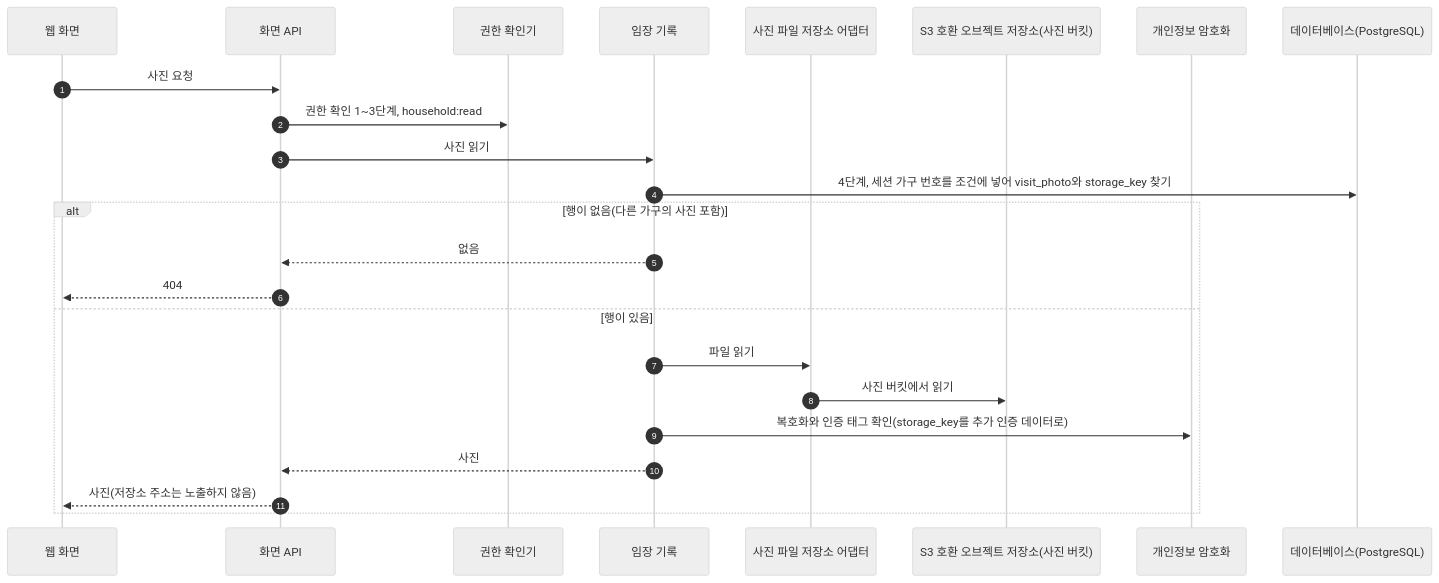
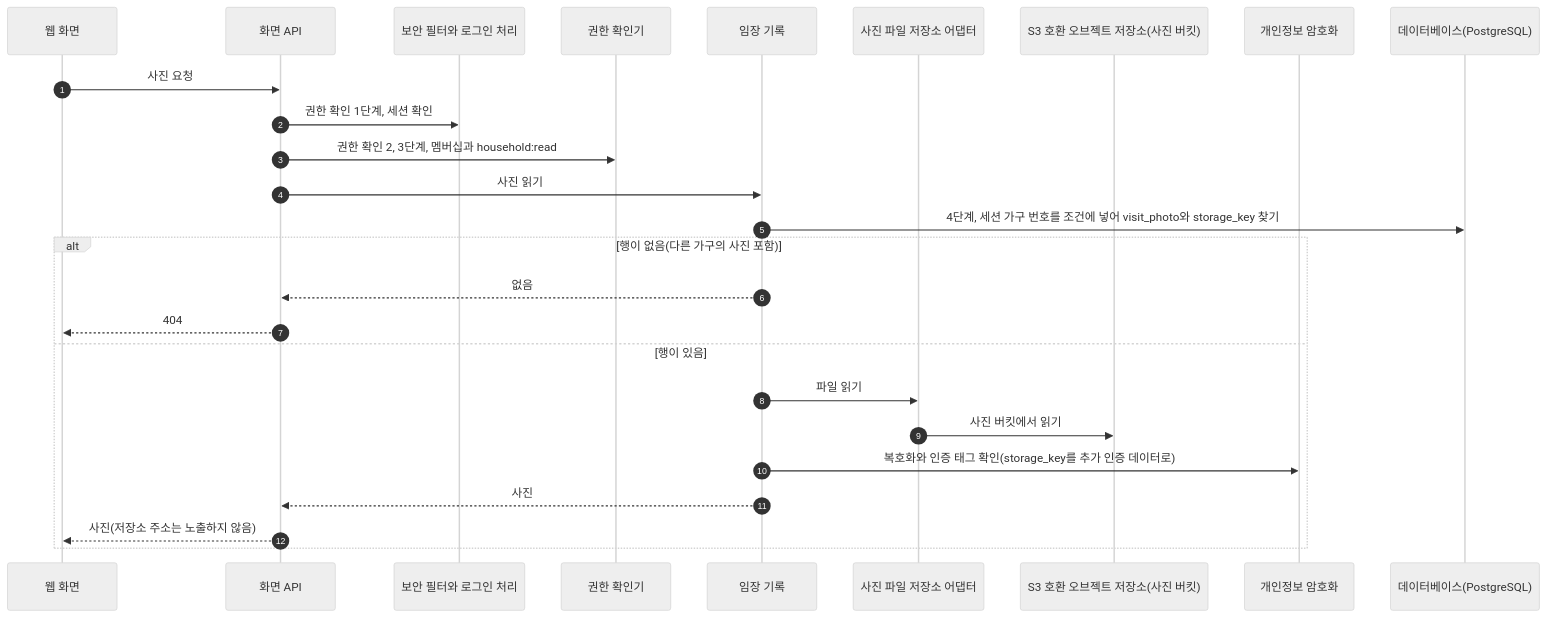
The seventh of 12 diagrams in docs/architecture/flows.md (Park-Seung-Hun/real-estate), drawn with Mermaid (neutral theme) before and after one commit. The commit also changed other lines of this file and 16 other files, not shown here.

````diff
--- a/docs/architecture/flows.md
+++ b/docs/architecture/flows.md
@@ -376,27 +376,29 @@
 ```mermaid
 sequenceDiagram
   autonumber
   participant web as 웹 화면
   participant api as 화면 API
+  participant sec as 보안 필터와 로그인 처리
   participant authz as 권한 확인기
   participant visit as 임장 기록
   participant photoAd as 사진 파일 저장소 어댑터
   participant s3 as S3 호환 오브젝트 저장소(사진 버킷)
   participant crypto as 개인정보 암호화
   participant db as 데이터베이스(PostgreSQL)
 
   web->>api: 사진 요청
-  api->>authz: 권한 확인 1~3단계, household:read
+  api->>sec: 권한 확인 1단계, 세션 확인
+  api->>authz: 권한 확인 2, 3단계, 멤버십과 household:read
   api->>visit: 사진 읽기
   visit->>db: 4단계, 세션 가구 번호를 조건에 넣어 visit_photo와 storage_key 찾기
   alt 행이 없음(다른 가구의 사진 포함)
     visit-->>api: 없음
     api-->>web: 404
   else 행이 있음
     visit->>photoAd: 파일 읽기
     photoAd->>s3: 사진 버킷에서 읽기
     visit->>crypto: 복호화와 인증 태그 확인(storage_key를 추가 인증 데이터로)
     visit-->>api: 사진
     api-->>web: 사진(저장소 주소는 노출하지 않음)
   end
 ```
````
